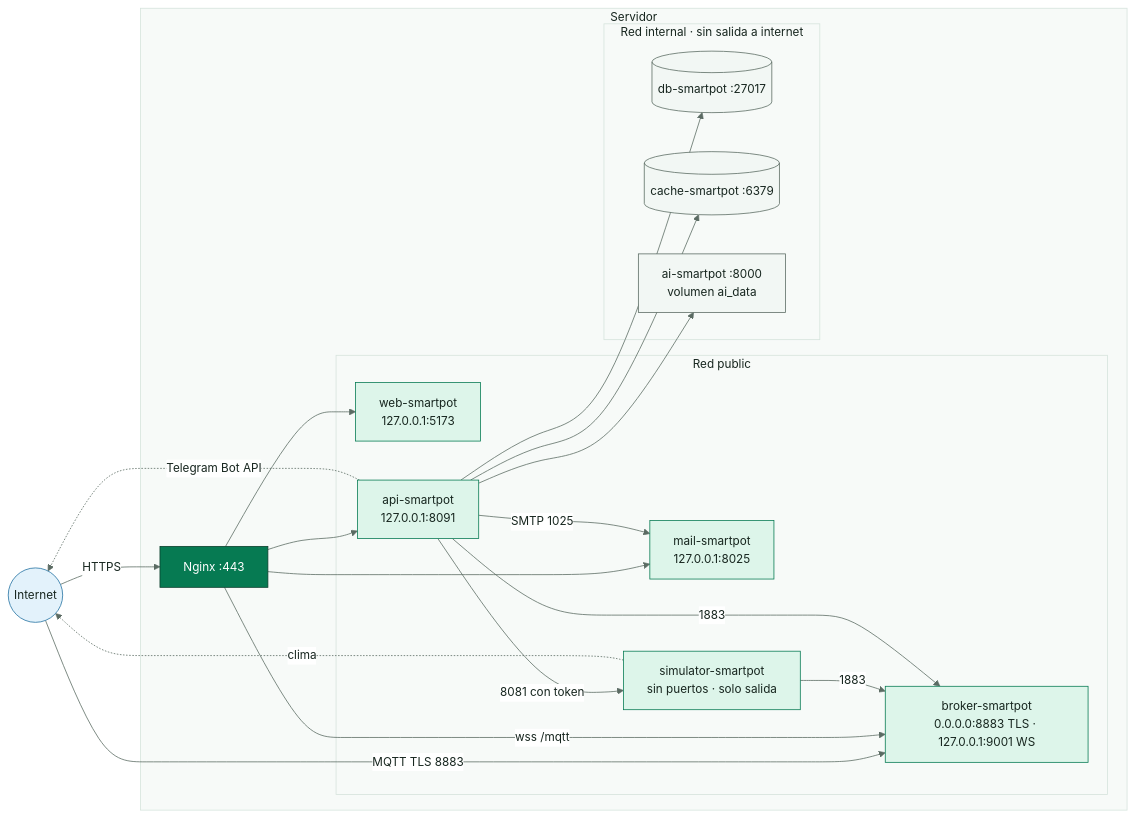
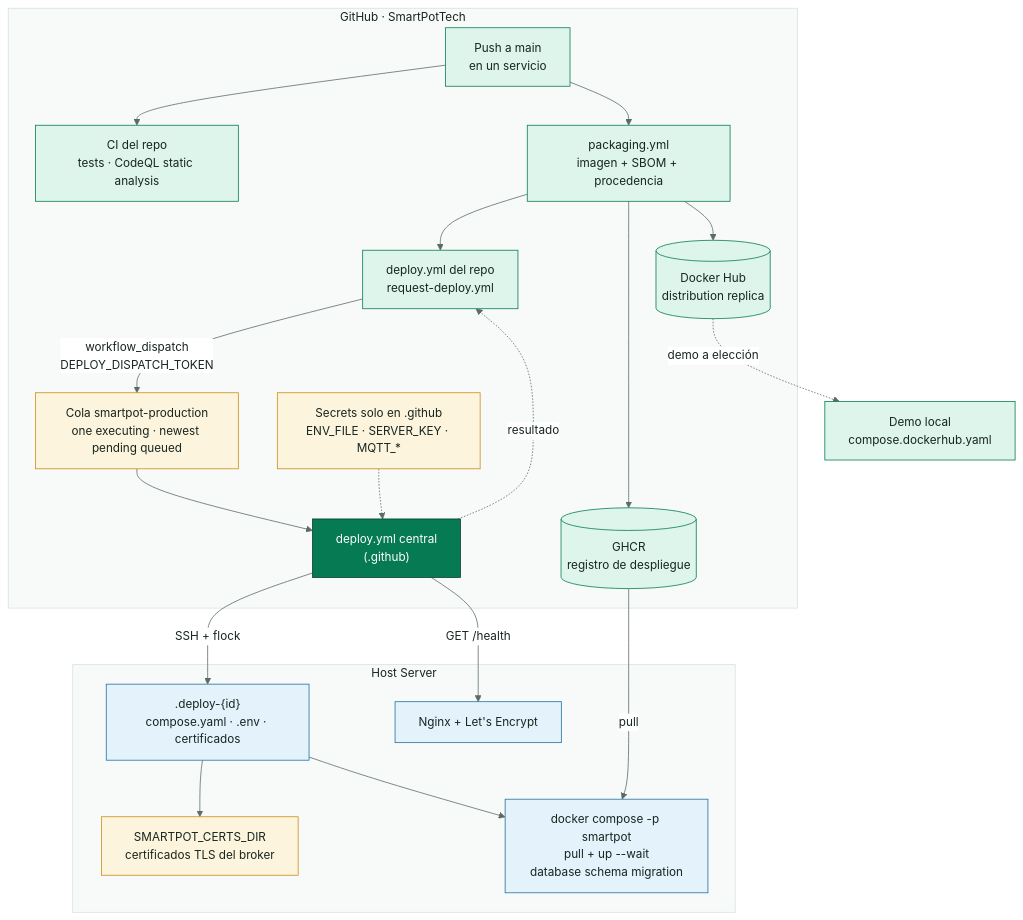
One commit to SmartPotTech/.github changed diagram 13 of 14 in docs/SmartPot_Technical_Documentation.md. Above: the diagram before and after it, drawn with Mermaid. The commit also changed other lines of this file and 186 other files, not shown here.

Commit message:
docs(specs): synchronize 100% english organization documentation, diagrams, and formal deliverables

````diff
--- a/docs/SmartPot_Technical_Documentation.md
+++ b/docs/SmartPot_Technical_Documentation.md
@@ -1408,43 +717,35 @@
 ```mermaid
 %%{init: {"theme": "base", "fontFamily": "Segoe UI, Arial, sans-serif", "themeVariables": {"fontFamily": "Segoe UI, Arial, sans-serif", "fontSize": "15px", "primaryColor": "#DDF5EA", "primaryTextColor": "#17261F", "primaryBorderColor": "#067A52", "secondaryColor": "#E3F2FB", "secondaryTextColor": "#17261F", "secondaryBorderColor": "#1F6FA0", "tertiaryColor": "#F2F7F4", "tertiaryTextColor": "#17261F", "tertiaryBorderColor": "#D5E3DC", "lineColor": "#5B6B63", "textColor": "#17261F", "mainBkg": "#DDF5EA", "nodeBorder": "#067A52", "clusterBkg": "#F7FAF8", "clusterBorder": "#D5E3DC", "edgeLabelBackground": "#FFFFFF", "actorBkg": "#067A52", "actorBorder": "#0B3D2B", "actorTextColor": "#FFFFFF", "actorLineColor": "#5B6B63", "signalColor": "#17261F", "signalTextColor": "#17261F", "labelBoxBkgColor": "#0B3D2B", "labelBoxBorderColor": "#0B3D2B", "labelTextColor": "#FFFFFF", "loopTextColor": "#0B3D2B", "noteBkgColor": "#FDF4DD", "noteBorderColor": "#C98D12", "noteTextColor": "#17261F", "activationBkgColor": "#DDF5EA", "activationBorderColor": "#067A52", "attributeBackgroundColorOdd": "#FFFFFF", "attributeBackgroundColorEven": "#F2F7F4"}}}%%
-flowchart LR
-  internet(("Internet"))
-  subgraph host["Servidor"]
-    nginx["Nginx :443"]
-    subgraph public["Red public"]
-      web["web-smartpot<br/>127.0.0.1:5173"]
-      api["api-smartpot<br/>127.0.0.1:8091"]
-      broker["broker-smartpot<br/>0.0.0.0:8883 TLS · 127.0.0.1:9001 WS"]
-      mail["mail-smartpot<br/>127.0.0.1:8025"]
-      sim["simulator-smartpot<br/>sin puertos · solo salida"]
-    end
-    subgraph internal["Red internal · sin salida a internet"]
-      db[("db-smartpot :27017")]
-      cache[("cache-smartpot :6379")]
-      ai["ai-smartpot :8000<br/>volumen ai_data"]
-    end
+flowchart TB
+  subgraph github["GitHub · SmartPotTech"]
+    repo["Push a main<br/>en un servicio"] --> ci["CI del repo<br/>tests · CodeQL static analysis"]
+    repo --> pkg["packaging.yml<br/>imagen + SBOM + procedencia"]
+    pkg --> ghcr[("GHCR<br/>registro de despliegue")]
+    pkg --> hub[("Docker Hub<br/>distribution replica")]
+    pkg --> dep["deploy.yml del repo<br/>request-deploy.yml"]
+    dep -->|"workflow_dispatch<br/>DEPLOY_DISPATCH_TOKEN"| queue["Cola smartpot-production<br/>one executing · newest pending queued"]
+    queue --> central["deploy.yml central<br/>(.github)"]
+    central -.->|"resultado"| dep
+    secrets["Secrets solo en .github<br/>ENV_FILE · SERVER_KEY · MQTT_*"] -.-> central
   end
-  internet -->|"HTTPS"| nginx
-  internet -->|"MQTT TLS 8883"| broker
-  nginx --> web
-  nginx --> api
-  nginx -->|"wss /mqtt"| broker
-  nginx --> mail
-  api --> db
-  api --> cache
-  api --> ai
-  api -->|"8081 con token"| sim
-  sim -->|"1883"| broker
-  sim -.->|"clima"| internet
-  api -.->|"Telegram Bot API"| internet
-  api -->|"1883"| broker
-  api -->|"SMTP 1025"| mail
-  classDef pub fill:#DDF5EA,stroke:#067A52,color:#17261F
-  classDef priv fill:#F2F7F4,stroke:#5B6B63,color:#17261F
-  classDef gate fill:#067A52,stroke:#0B3D2B,color:#FFFFFF
-  classDef world fill:#E3F2FB,stroke:#1F6FA0,color:#17261F
-  class web,api,broker,mail,sim pub
-  class db,cache,ai priv
-  class nginx gate
-  class internet world
+  subgraph servidor["Host Server"]
+    stage[".deploy-{id}<br/>compose.yaml · .env · certificados"]
+    certs["SMARTPOT_CERTS_DIR<br/>certificados TLS del broker"]
+    compose["docker compose -p smartpot<br/>pull + up --wait<br/>database schema migration"]
+    nginx["Nginx + Let's Encrypt"]
+  end
+  central -->|"SSH + flock"| stage
+  stage --> certs
+  stage --> compose
+  ghcr -->|"pull"| compose
+  hub -.->|"demo a elección"| demo["Demo local<br/>compose.dockerhub.yaml"]
+  central -->|"GET /health"| nginx
+  classDef gh fill:#DDF5EA,stroke:#067A52,color:#17261F
+  classDef key fill:#FDF4DD,stroke:#C98D12,color:#17261F
+  classDef srv fill:#E3F2FB,stroke:#1F6FA0,color:#17261F
+  classDef core fill:#067A52,stroke:#0B3D2B,color:#FFFFFF
+  class repo,ci,pkg,dep,demo gh
+  class central core
+  class secrets,certs,queue key
+  class stage,compose,nginx srv
 ```
````
